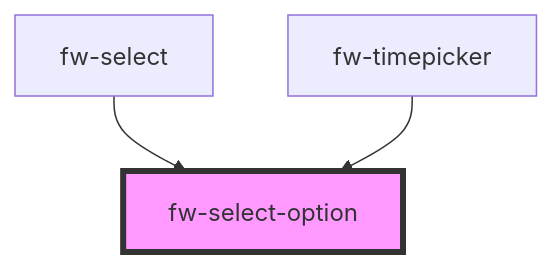
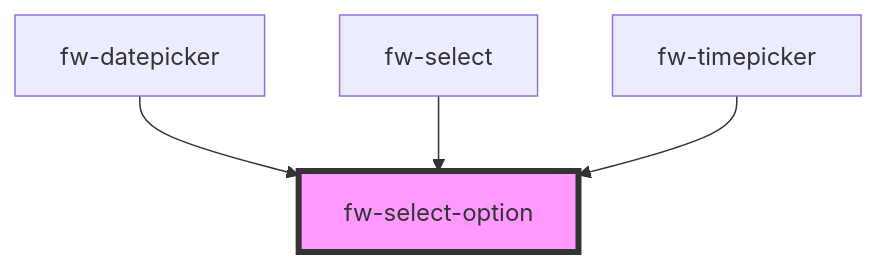
The diagram in src/components/select-option/readme.md (freshworks/crayons), drawn with Mermaid before and after one commit. The commit also changed other lines of this file and 10 other files, not shown here.

````diff
--- a/src/components/select-option/readme.md
+++ b/src/components/select-option/readme.md
@@ -42,6 +43,7 @@
 ```mermaid
 graph TD;
+  fw-datepicker --> fw-select-option
   fw-select --> fw-select-option
   fw-timepicker --> fw-select-option
   style fw-select-option fill:#f9f,stroke:#333,stroke-width:4px
 ```
````
